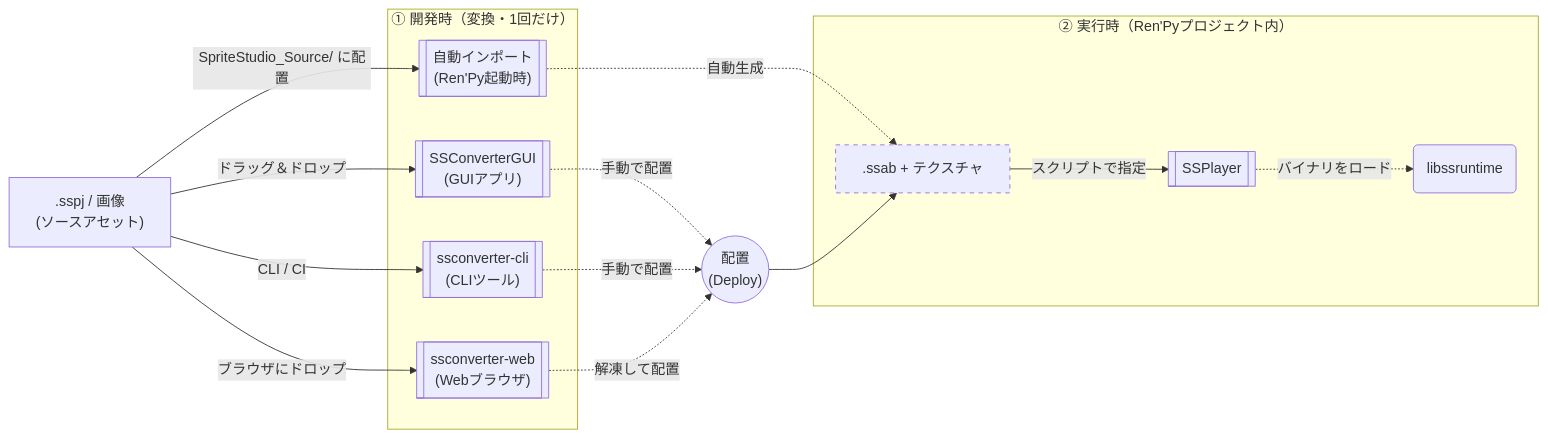
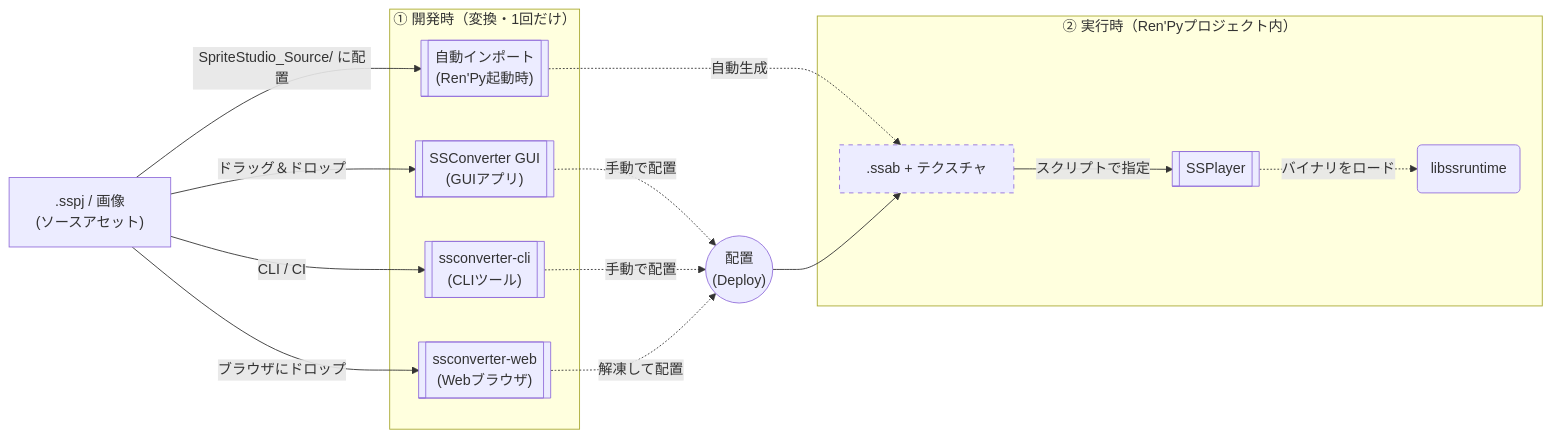
One commit to cri-middleware/SSPlayerForRenPy changed the diagram in docs/ja/import.md. Above: the diagram before and after it, drawn with Mermaid. The commit also changed other lines of this file and 3 other files, not shown here.

First line of the commit message:
docs: call the converter app SSConverter GUI

````diff
--- a/docs/ja/import.md
+++ b/docs/ja/import.md
@@ -7,36 +7,36 @@
 ```mermaid
 graph LR
     SS[" .sspj / 画像<br>(ソースアセット) "]
 
     subgraph Convert ["① 開発時（変換・1回だけ）"]
         AUTO[[" 自動インポート<br>(Ren'Py起動時) "]]
-        GUI[[" SSConverterGUI<br>(GUIアプリ) "]]
+        GUI[[" SSConverter GUI<br>(GUIアプリ) "]]
         CLI[[" ssconverter-cli<br>(CLIツール) "]]
         WEB[[" ssconverter-web<br>(Webブラウザ) "]]
     end
 
     DEPLOY(("配置<br>(Deploy)"))
 
     subgraph RenPy ["② 実行時（Ren'Pyプロジェクト内）"]
         BIN[" .ssab + テクスチャ "]
         NODE[[ SSPlayer ]]
         RT(" libssruntime ")
     end
 
     SS -- "SpriteStudio_Source/ に配置" --> AUTO
     SS -- "ドラッグ＆ドロップ" --> GUI
     SS -- "CLI / CI" --> CLI
     SS -- "ブラウザにドロップ" --> WEB
     
     AUTO -. "自動生成" .-> BIN
     GUI -. "手動で配置" .-> DEPLOY
     CLI -. "手動で配置" .-> DEPLOY
     WEB -. "解凍して配置" .-> DEPLOY
     
     DEPLOY --> BIN
     BIN -- "スクリプトで指定" --> NODE
     NODE -. "バイナリをロード" .-> RT
 
     classDef generated stroke-dasharray: 5 5;
     class BIN generated;
 ```
````
